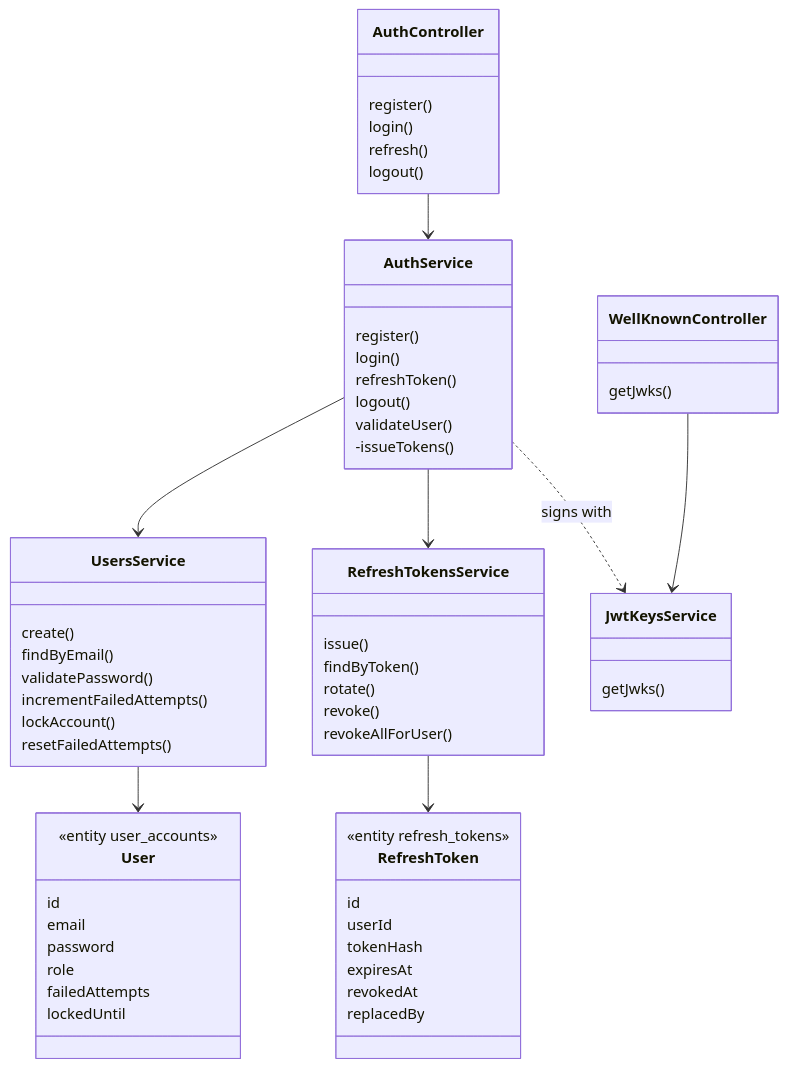
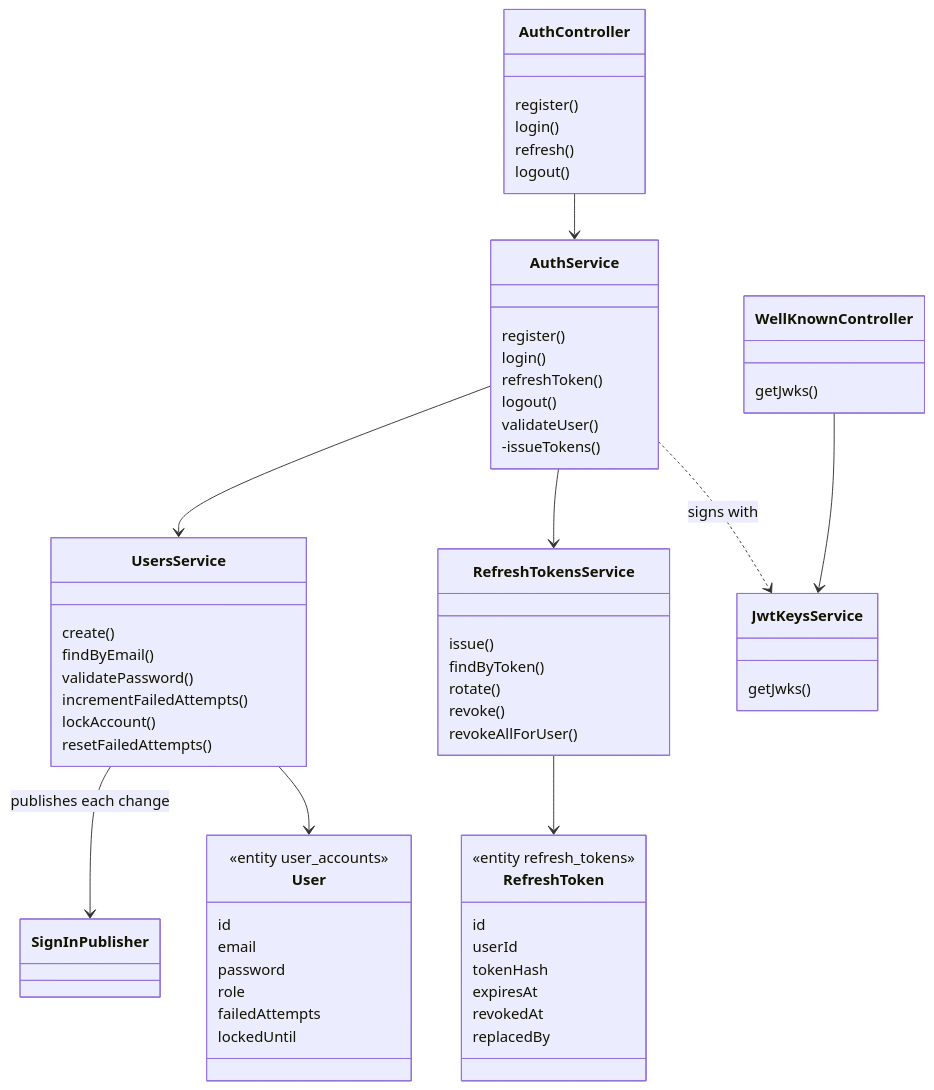
One commit to seankcheema/trading-season changed the first of 4 diagrams in apps/auth-service/README.md. Above: the diagram before and after it, drawn with Mermaid. The commit also changed other lines of this file and 553 other files, not shown here.

````diff
--- a/apps/auth-service/README.md
+++ b/apps/auth-service/README.md
@@ -52,64 +53,65 @@
 ```mermaid
 classDiagram
     class AuthController {
         register()
         login()
         refresh()
         logout()
     }
     class WellKnownController {
         getJwks()
     }
     class AuthService {
         register()
         login()
         refreshToken()
         logout()
         validateUser()
         -issueTokens()
     }
     class UsersService {
         create()
         findByEmail()
         validatePassword()
         incrementFailedAttempts()
         lockAccount()
         resetFailedAttempts()
     }
     class RefreshTokensService {
         issue()
         findByToken()
         rotate()
         revoke()
         revokeAllForUser()
     }
     class JwtKeysService {
         getJwks()
     }
     class User {
         <<entity user_accounts>>
         id
         email
         password
         role
         failedAttempts
         lockedUntil
     }
     class RefreshToken {
         <<entity refresh_tokens>>
         id
         userId
         tokenHash
         expiresAt
         revokedAt
         replacedBy
     }
 
     AuthController --> AuthService
     WellKnownController --> JwtKeysService
     AuthService --> UsersService
     AuthService --> RefreshTokensService
+    UsersService --> SignInPublisher : publishes each change
     AuthService ..> JwtKeysService : signs with
     UsersService --> User
     RefreshTokensService --> RefreshToken
 ```
````
